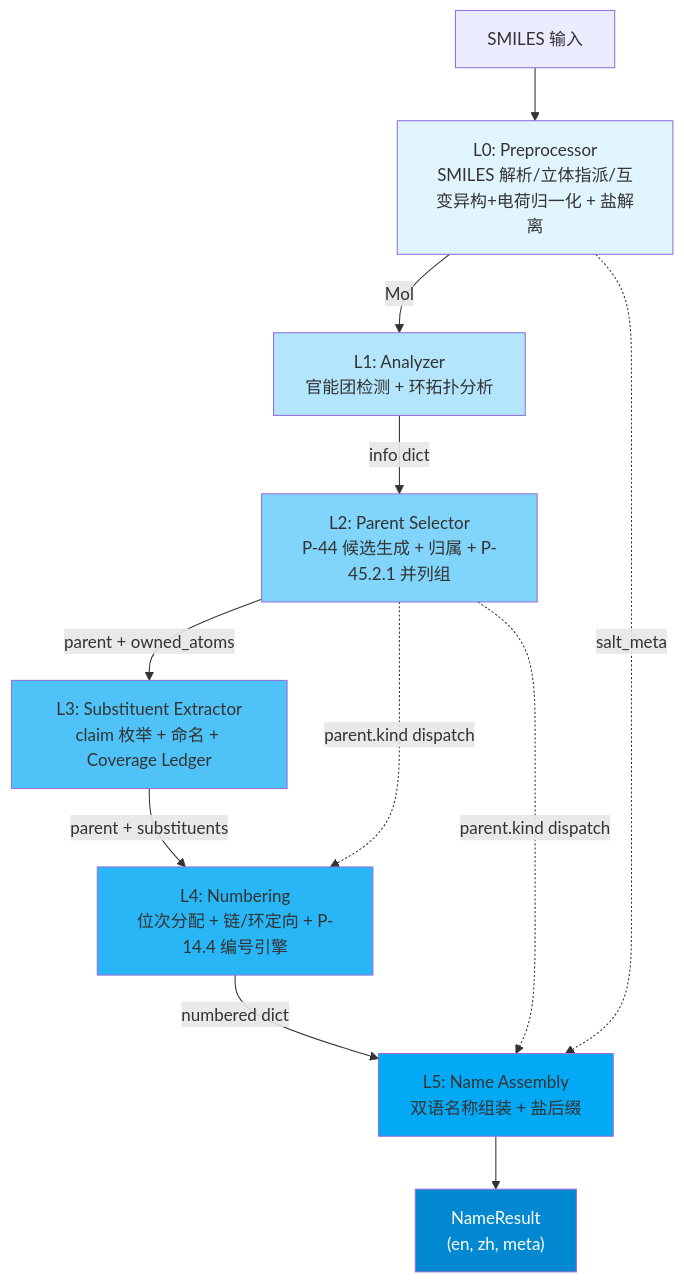
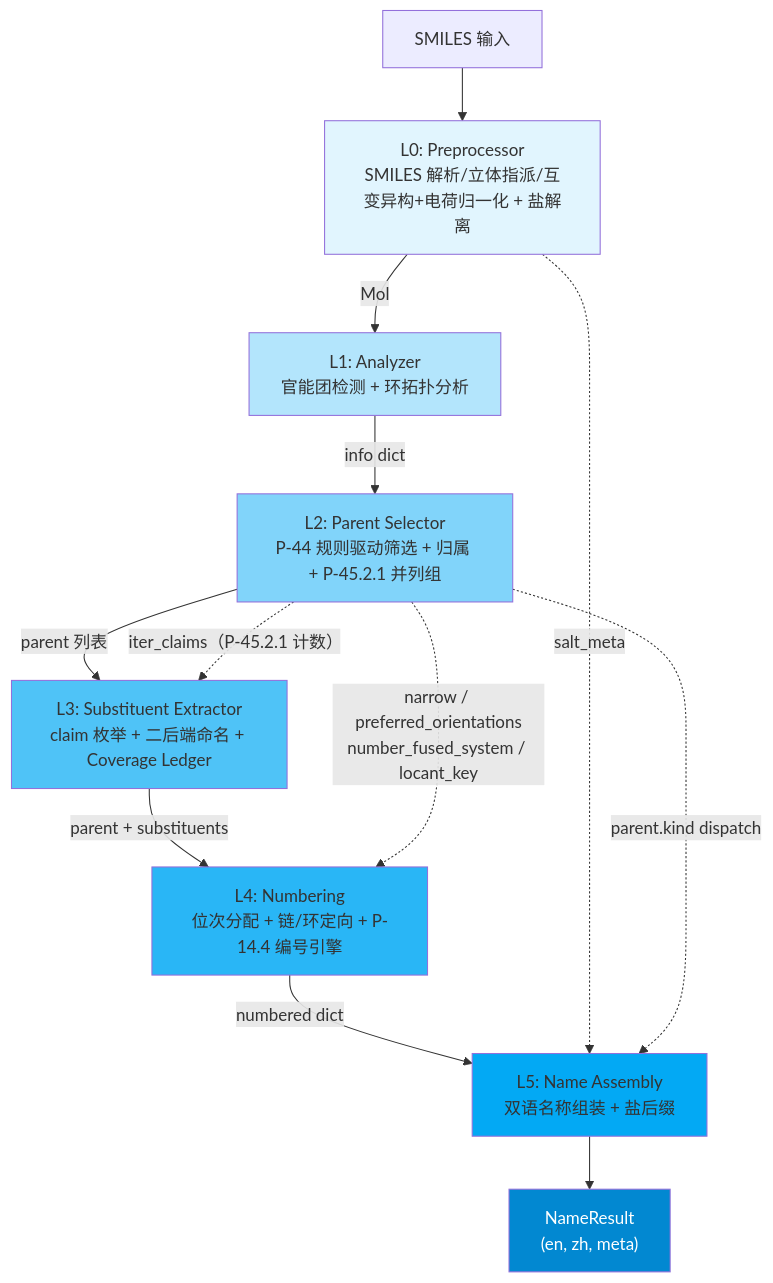
One commit to zouxiaofei1/OpenSMILES changed the diagram in docs/wiki/architecture/overview.md. Above: the diagram before and after it, drawn with Mermaid. The commit also changed other lines of this file and 20 other files, not shown here.

````diff
--- a/docs/wiki/architecture/overview.md
+++ b/docs/wiki/architecture/overview.md
@@ -33,22 +37,23 @@
 ```mermaid
 flowchart TD
     SMILES["SMILES 输入"] --> L0["L0: Preprocessor<br/>SMILES 解析/立体指派/互变异构+电荷归一化 + 盐解离"]
     L0 -->|Mol| L1["L1: Analyzer<br/>官能团检测 + 环拓扑分析"]
-    L1 -->|info dict| L2["L2: Parent Selector<br/>P-44 候选生成 + 归属 + P-45.2.1 并列组"]
-    L2 -->|parent + owned_atoms| L3["L3: Substituent Extractor<br/>claim 枚举 + 命名 + Coverage Ledger"]
+    L1 -->|info dict| L2["L2: Parent Selector<br/>P-44 规则驱动筛选 + 归属 + P-45.2.1 并列组"]
+    L2 -->|parent 列表| L3["L3: Substituent Extractor<br/>claim 枚举 + 二后端命名 + Coverage Ledger"]
     L3 -->|parent + substituents| L4["L4: Numbering<br/>位次分配 + 链/环定向 + P-14.4 编号引擎"]
     L4 -->|numbered dict| L5["L5: Name Assembly<br/>双语名称组装 + 盐后缀"]
     L5 --> R["NameResult<br/>(en, zh, meta)"]
 
     L0 -.->|salt_meta| L5
-    L2 -.->|parent.kind dispatch| L4
     L2 -.->|parent.kind dispatch| L5
+    L2 -.->|narrow / preferred_orientations<br/>number_fused_system / locant_key| L4
+    L2 -.->|iter_claims（P-45.2.1 计数）| L3
 
     style L0 fill:#e1f5fe
     style L1 fill:#b3e5fc
     style L2 fill:#81d4fa
     style L3 fill:#4fc3f7
     style L4 fill:#29b6f6
     style L5 fill:#03a9f4
     style R fill:#0288d1,color:#fff
 ```
````
